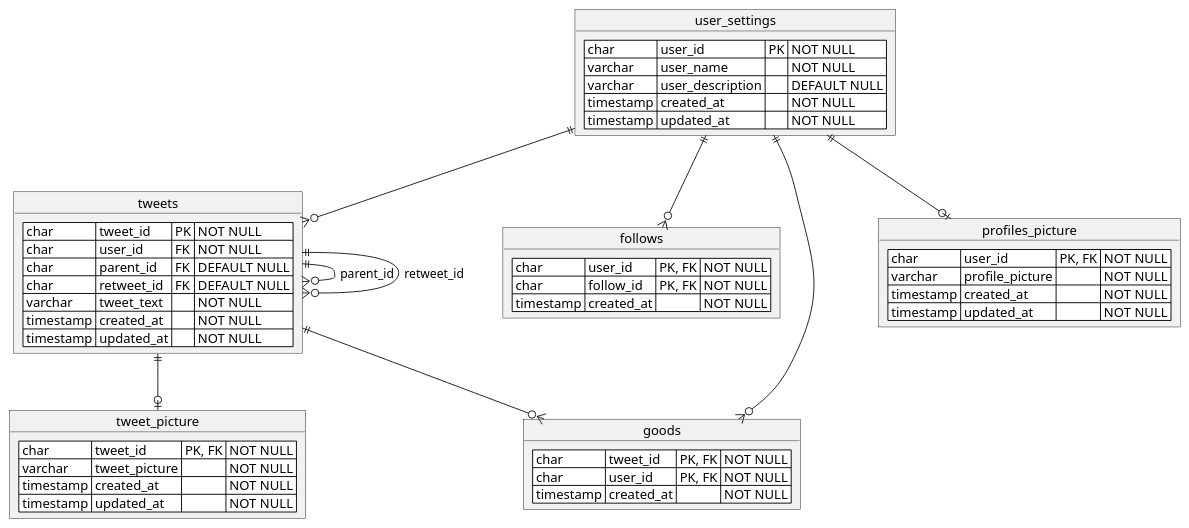
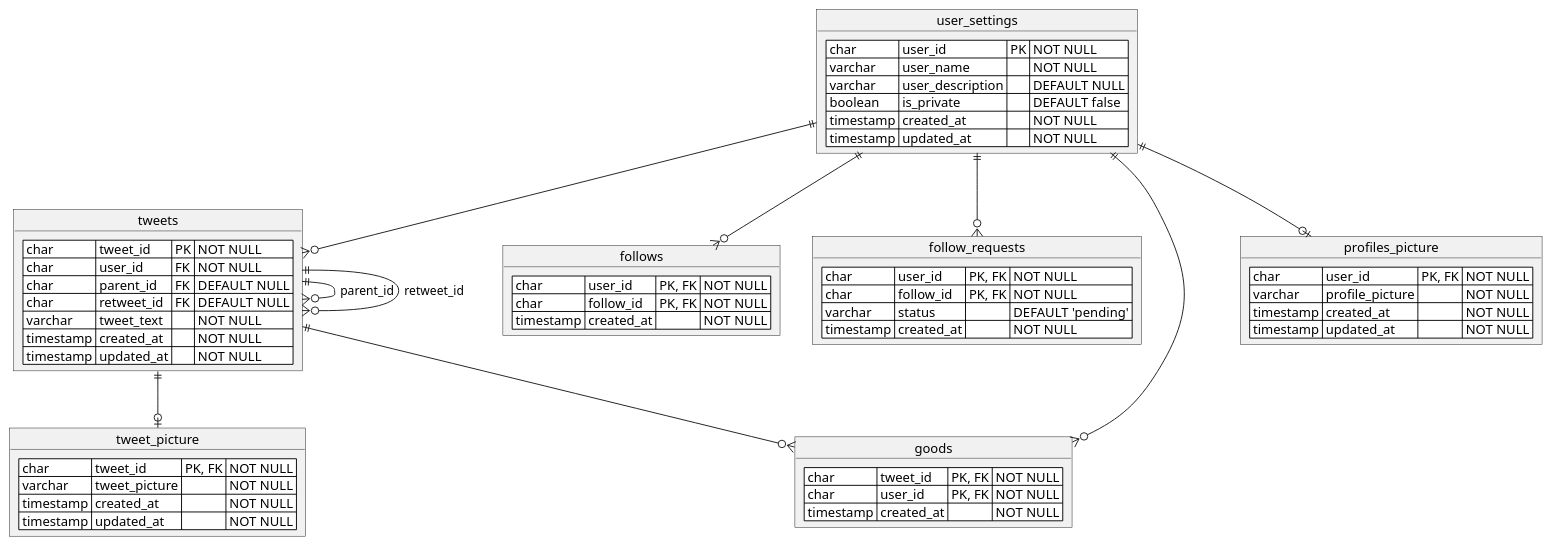
The diagram in docs/erd.puml (tetsushi-yamada/hackathon_backend), drawn with PlantUML before and after one commit. The commit also changed 48 other files, not shown here.

```diff
--- a/docs/erd.puml
+++ b/docs/erd.puml
@@ -1,56 +1,65 @@
 @startuml
 
 object user_settings {
     <#white>| char | user_id | PK | NOT NULL |
     <#white>| varchar | user_name | | NOT NULL |
     <#white>| varchar | user_description | | DEFAULT NULL |
+    <#white>| boolean | is_private | | DEFAULT false |
     <#white>| timestamp | created_at | | NOT NULL |
     <#white>| timestamp | updated_at | | NOT NULL |
 }
 
 object tweets {
     <#white>| char | tweet_id | PK | NOT NULL |
     <#white>| char | user_id | FK | NOT NULL |
     <#white>| char | parent_id | FK | DEFAULT NULL |
     <#white>| char | retweet_id | FK | DEFAULT NULL |
     <#white>| varchar | tweet_text | | NOT NULL |
     <#white>| timestamp | created_at | | NOT NULL |
     <#white>| timestamp | updated_at | | NOT NULL |
 }
 
 object follows {
     <#white>| char | user_id | PK, FK | NOT NULL |
     <#white>| char | follow_id | PK, FK | NOT NULL |
+    <#white>| timestamp | created_at | | NOT NULL |
+}
+
+object follow_requests {
+    <#white>| char | user_id | PK, FK | NOT NULL |
+    <#white>| char | follow_id | PK, FK | NOT NULL |
+    <#white>| varchar | status | | DEFAULT 'pending' |
     <#white>| timestamp | created_at | | NOT NULL |
 }
 
 object goods {
     <#white>| char | tweet_id | PK, FK | NOT NULL |
     <#white>| char | user_id | PK, FK | NOT NULL |
     <#white>| timestamp | created_at | | NOT NULL |
 }
 
 object profiles_picture {
     <#white>| char | user_id | PK, FK | NOT NULL |
     <#white>| varchar | profile_picture | | NOT NULL |
     <#white>| timestamp | created_at | | NOT NULL |
     <#white>| timestamp | updated_at | | NOT NULL |
 }
 
 object tweet_picture {
     <#white>| char | tweet_id | PK, FK | NOT NULL |
     <#white>| varchar | tweet_picture | | NOT NULL |
     <#white>| timestamp | created_at | | NOT NULL |
     <#white>| timestamp | updated_at | | NOT NULL |
 }
 
 user_settings ||--o{ tweets
 user_settings ||--o{ follows
+user_settings ||--o{ follow_requests
 tweets ||--o{ goods
 user_settings ||--o{ goods
 tweets ||--o{ tweets : parent_id
 tweets ||--o{ tweets : retweet_id
 user_settings ||--o| profiles_picture
 tweets ||--o| tweet_picture
 
 @enduml
```
